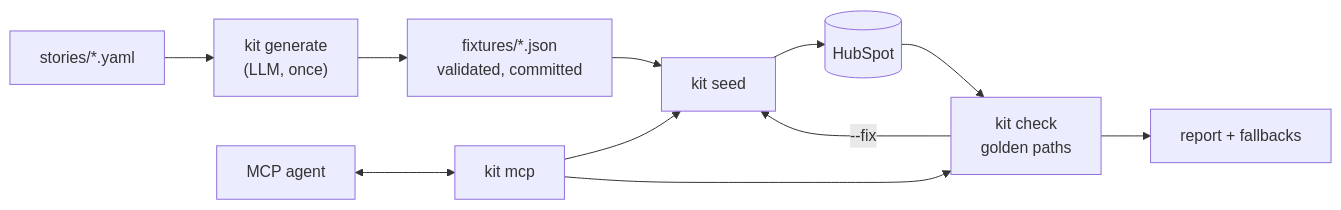
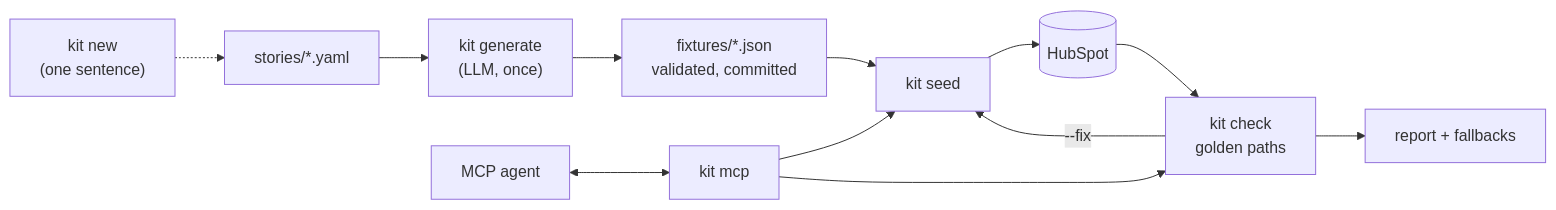
One commit to evan-100/demo-environment-kit changed the diagram in README.md. Above: the diagram before and after it, drawn with Mermaid. The commit also changed other lines of this file and 13 other files, not shown here.

First line of the commit message:
feat: kit new drafts a story from a description; stories can reuse a background

````diff
--- a/README.md
+++ b/README.md
@@ -43,8 +43,9 @@
 ```mermaid
 flowchart LR
+    ask["kit new<br/>(one sentence)"] -.-> story
     story["stories/*.yaml"] --> gen["kit generate<br/>(LLM, once)"] --> fix["fixtures/*.json<br/>validated, committed"]
     fix --> seed["kit seed"] --> hs[("HubSpot")]
     hs --> check["kit check<br/>golden paths"] --> report["report + fallbacks"]
     check -- "--fix" --> seed
     agent["MCP agent"] <--> mcp["kit mcp"] --> seed & check
 ```
````
